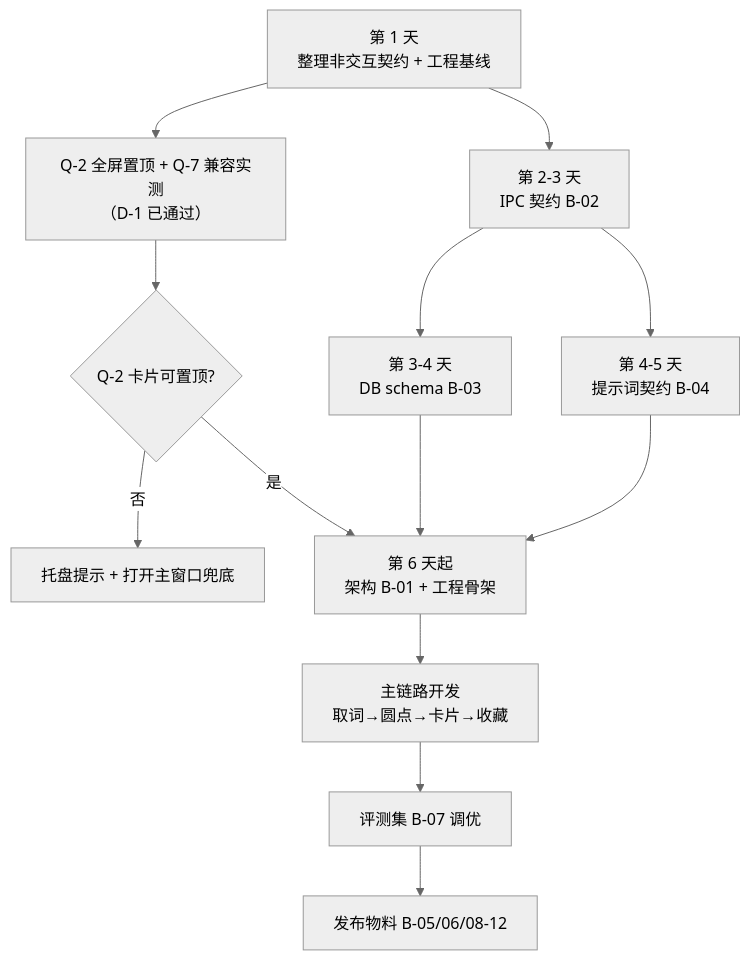
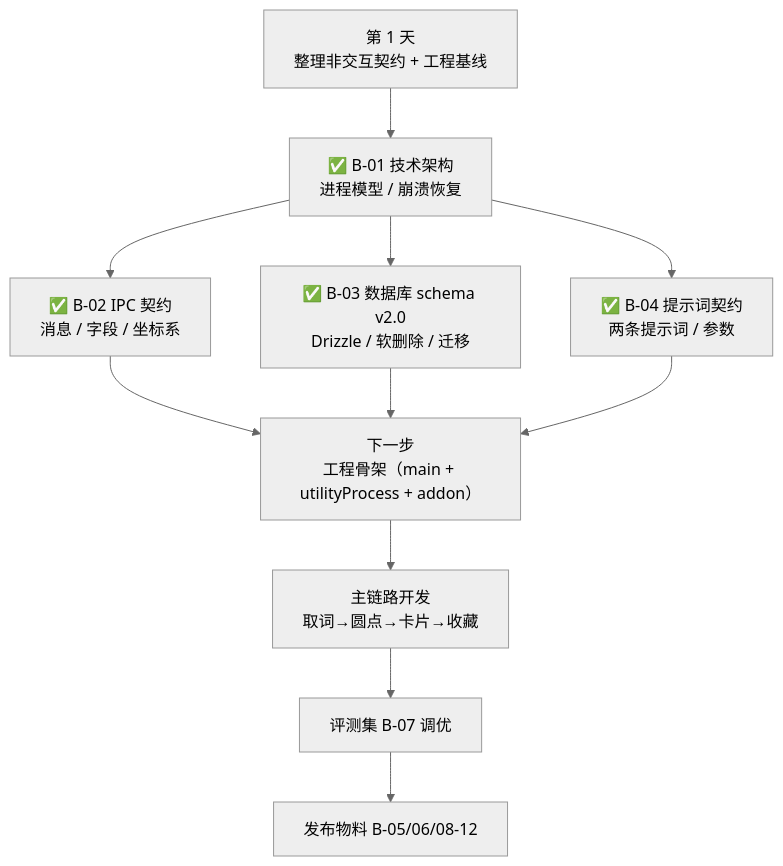
Before and after one commit to BanShan-Alec/Snapword: the diagram in docs/progress-checklist.md, drawn with Mermaid (neutral theme). The commit also changed other lines of this file and 13 other files, not shown here.

````diff
--- a/docs/progress-checklist.md
+++ b/docs/progress-checklist.md
@@ -169,15 +188,13 @@
 ```mermaid
 flowchart TD
-    A["第 1 天<br/>整理非交互契约 + 工程基线"] --> B["Q-2 全屏置顶 + Q-7 兼容实测<br/>（D-1 已通过）"]
-    A --> C["第 2-3 天<br/>IPC 契约 B-02"]
-    C --> D["第 3-4 天<br/>DB schema B-03"]
-    C --> E["第 4-5 天<br/>提示词契约 B-04"]
-    B --> F{"Q-2 卡片可置顶?"}
-    F -- 否 --> G["托盘提示 + 打开主窗口兜底"]
-    F -- 是 --> H["第 6 天起<br/>架构 B-01 + 工程骨架"]
+    A["第 1 天<br/>整理非交互契约 + 工程基线"] --> B["✅ B-01 技术架构<br/>进程模型 / 崩溃恢复"]
+    B --> C["✅ B-02 IPC 契约<br/>消息 / 字段 / 坐标系"]
+    B --> D["✅ B-03 数据库 schema v2.0<br/>Drizzle / 软删除 / 迁移"]
+    B --> E["✅ B-04 提示词契约<br/>两条提示词 / 参数"]
+    C --> H["下一步<br/>工程骨架（main + utilityProcess + addon）"]
     D --> H
     E --> H
     H --> I["主链路开发<br/>取词→圆点→卡片→收藏"]
     I --> J["评测集 B-07 调优"]
     J --> K["发布物料 B-05/06/08-12"]
 ```
````
